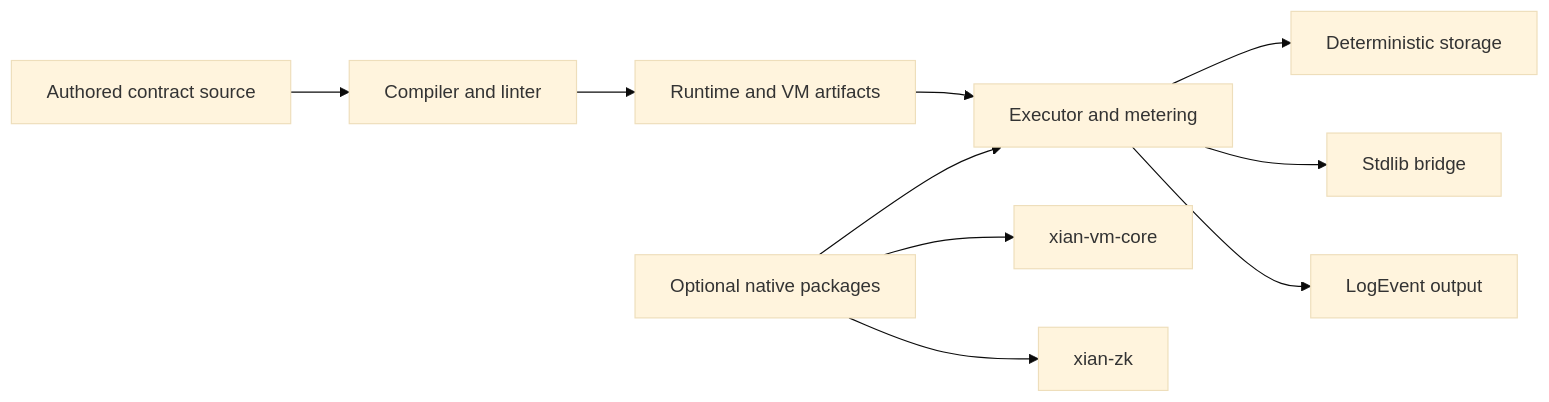
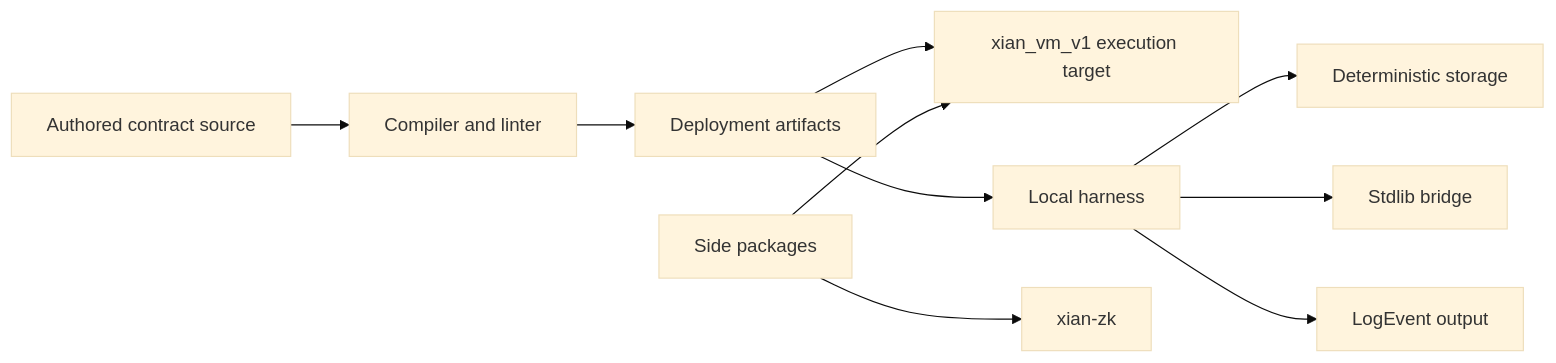
The diagram in README.md (xian-technology/xian-contracting), drawn with Mermaid (base theme) before and after one commit. The commit also changed other lines of this file and 162 other files, not shown here.

````diff
--- a/README.md
+++ b/README.md
@@ -16,12 +15,12 @@
 ```mermaid
 flowchart LR
   Source["Authored contract source"] --> Compiler["Compiler and linter"]
-  Compiler --> Artifact["Runtime and VM artifacts"]
-  Artifact --> Executor["Executor and metering"]
+  Compiler --> Artifact["Deployment artifacts"]
+  Artifact --> VM["xian_vm_v1 execution target"]
+  Artifact --> Executor["Local harness"]
   Executor --> Storage["Deterministic storage"]
   Executor --> Stdlib["Stdlib bridge"]
   Executor --> Events["LogEvent output"]
-  Packages["Optional native packages"] --> Executor
-  Packages --> VM["xian-vm-core"]
+  Packages["Side packages"] --> VM
   Packages --> ZK["xian-zk"]
 ```
````
